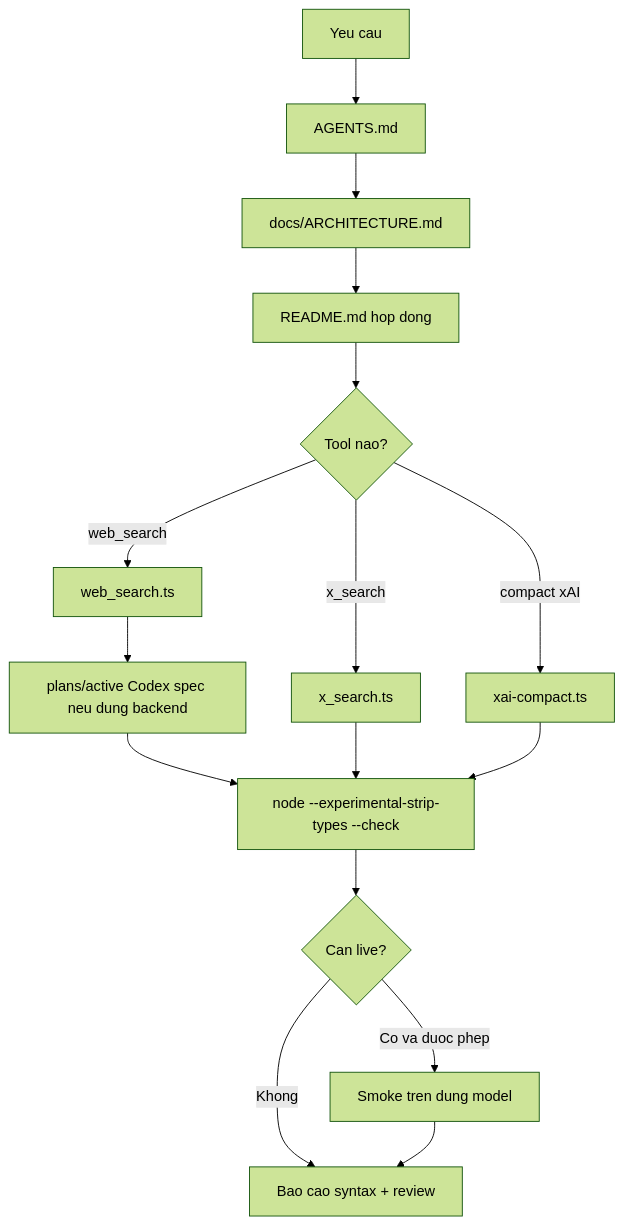
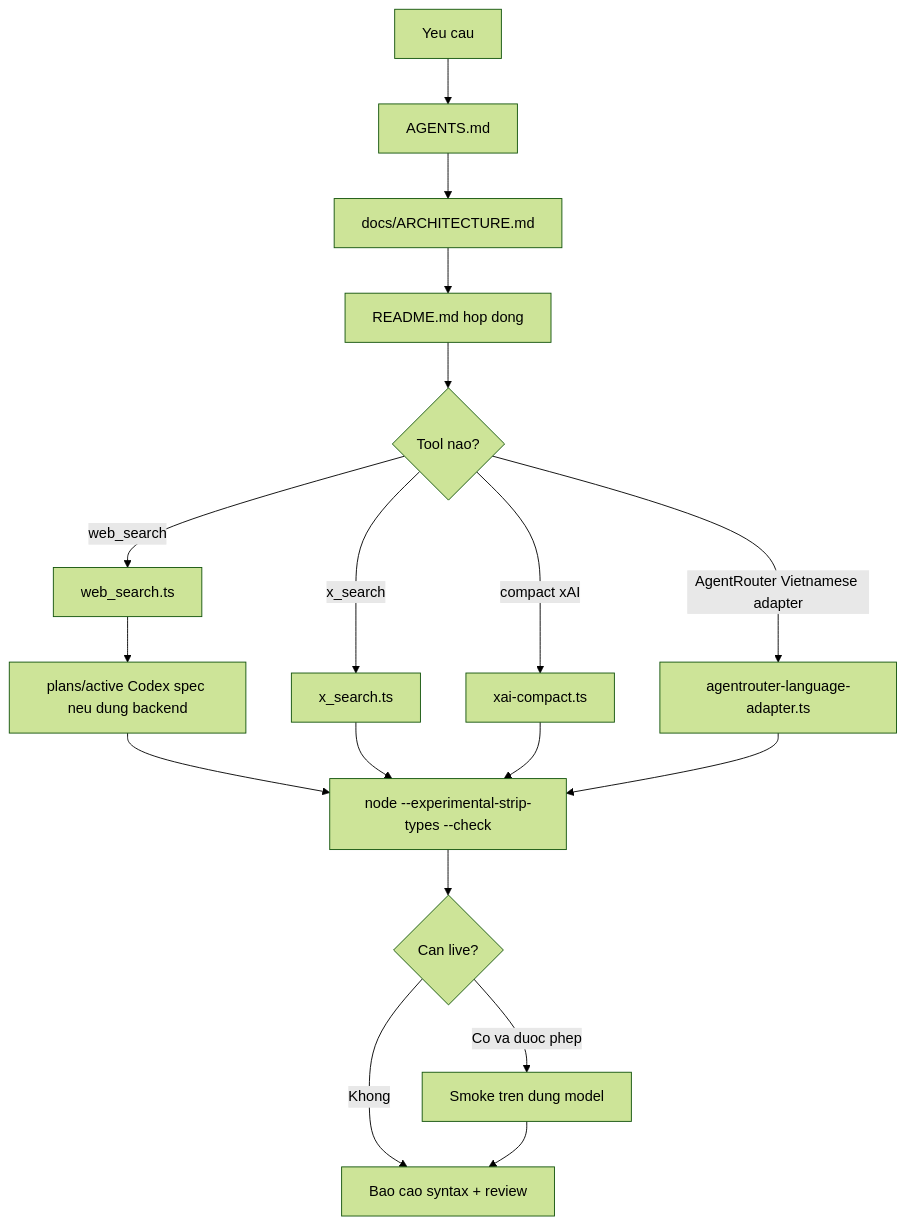
One commit to thoitiettxl-cyber/xAI-pi changed the first of 6 diagrams in docs/ARCHITECTURE.md. Above: the diagram before and after it, drawn with Mermaid (forest theme). The commit also changed other lines of this file and 5 other files, not shown here.

First line of the commit message:
feat(agentrouter): add Vietnamese language adapter

````diff
--- a/docs/ARCHITECTURE.md
+++ b/docs/ARCHITECTURE.md
@@ -46,18 +49,20 @@
 ```mermaid
 flowchart TD
   start[Yeu cau] --> agents[AGENTS.md]
   agents --> arch[docs/ARCHITECTURE.md]
   arch --> readme[README.md hop dong]
   readme --> which{Tool nao?}
   which -->|web_search| ws[web_search.ts]
   which -->|x_search| xs[x_search.ts]
   which -->|compact xAI| xc[xai-compact.ts]
+  which -->|AgentRouter Vietnamese adapter| ar[agentrouter-language-adapter.ts]
   ws --> spec[plans/active Codex spec neu dung backend]
   spec --> check[node --experimental-strip-types --check]
   xs --> check
   xc --> check
+  ar --> check
   check --> live{Can live?}
   live -->|Khong| done[Bao cao syntax + review]
   live -->|Co va duoc phep| smoke[Smoke tren dung model]
   smoke --> done
 ```
````
